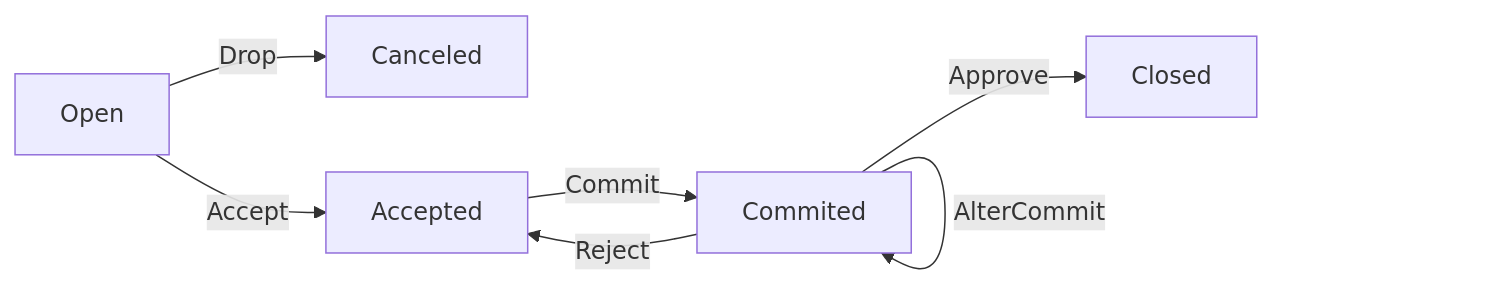
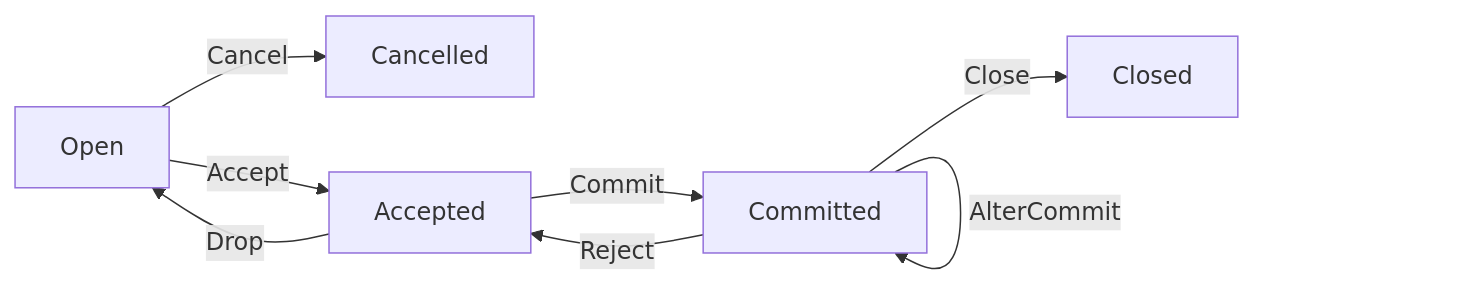
Before and after one commit to nbtca/documents: the second of 3 diagrams in repair/weekend.md, drawn with Mermaid. The commit also changed other lines of this file and 29 other files, not shown here.

````diff
--- a/repair/weekend.md
+++ b/repair/weekend.md
@@ -66,9 +66,10 @@
 ```mermaid
 flowchart LR
-    A[Open] --> |Drop| B[Canceled]
+    A[Open] --> |Cancel| B[Cancelled]
     A --> |Accept| C[Accepted]
-    C --> |Commit| D[Commited]
+    C --> |Drop| A
+    C --> |Commit| D[Committed]
     D --> |AlterCommit| D
-    D --> |Approve| E[Closed]
+    D --> |Close| E[Closed]
     D --> |Reject| C
 ```
````
